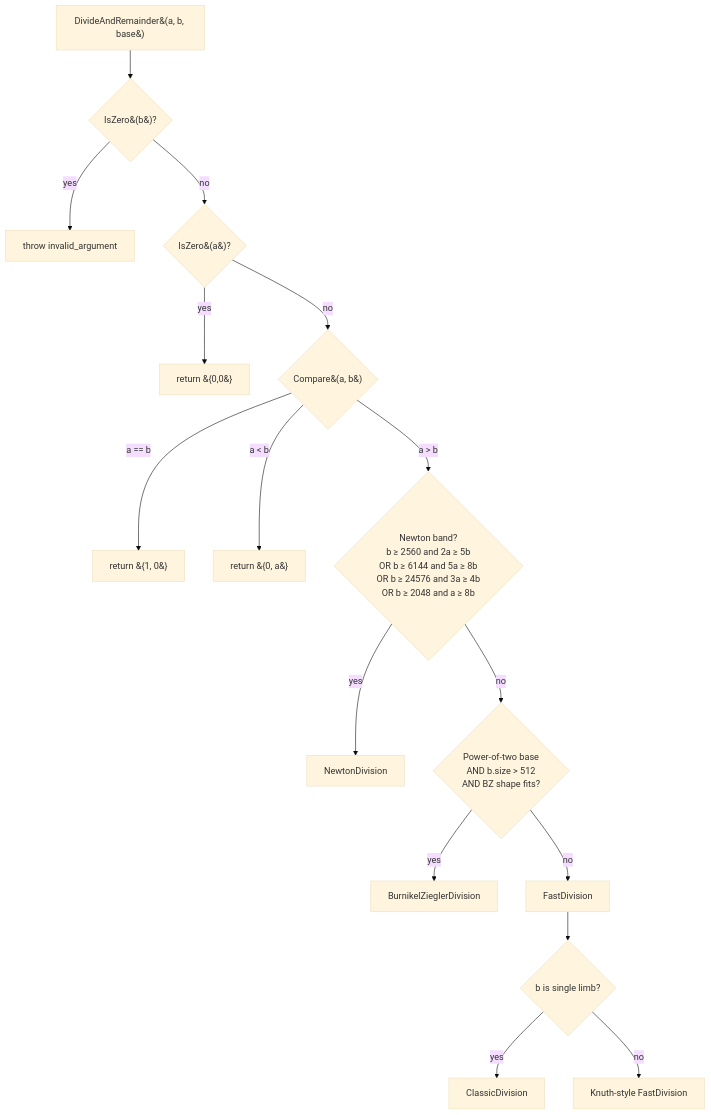
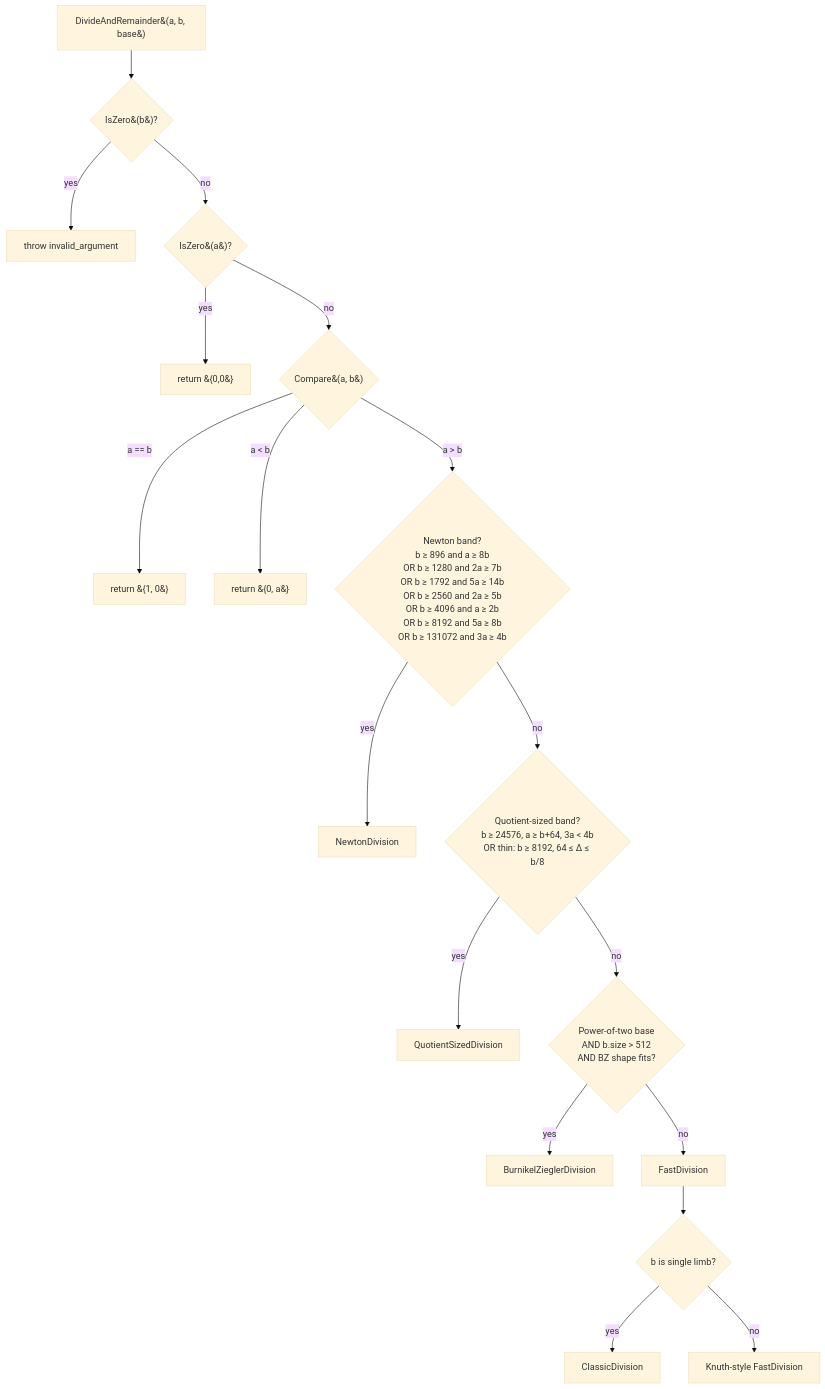
Before and after one commit to mmurshed/biginteger: the diagram in docs/DIVISION.md, drawn with Mermaid (base theme). The commit also changed other lines of this file and 9 other files, not shown here.

````diff
--- a/docs/DIVISION.md
+++ b/docs/DIVISION.md
@@ -56,18 +56,20 @@
 ```mermaid
 flowchart TD
     A[DivideAndRemainder&#40;a, b, base&#41;] --> B{IsZero&#40;b&#41;?}
     B -- yes --> Err[throw invalid_argument]
     B -- no --> C{IsZero&#40;a&#41;?}
     C -- yes --> Z[return &#123;0,0&#125;]
     C -- no --> D{Compare&#40;a, b&#41;}
     D -- a == b --> Eq[return &#123;1, 0&#125;]
     D -- a &lt; b --> Less[return &#123;0, a&#125;]
-    D -- a &gt; b --> E{Newton band?<br/>b ≥ 2560 and 2a ≥ 5b<br/>OR b ≥ 6144 and 5a ≥ 8b<br/>OR b ≥ 24576 and 3a ≥ 4b<br/>OR b ≥ 2048 and a ≥ 8b}
+    D -- a &gt; b --> E{Newton band?<br/>b ≥ 896 and a ≥ 8b<br/>OR b ≥ 1280 and 2a ≥ 7b<br/>OR b ≥ 1792 and 5a ≥ 14b<br/>OR b ≥ 2560 and 2a ≥ 5b<br/>OR b ≥ 4096 and a ≥ 2b<br/>OR b ≥ 8192 and 5a ≥ 8b<br/>OR b ≥ 131072 and 3a ≥ 4b}
     E -- yes --> N[NewtonDivision]
-    E -- no --> F{Power-of-two base<br/>AND b.size &gt; 512<br/>AND BZ shape fits?}
+    E -- no --> Q{Quotient-sized band?<br/>b ≥ 24576, a ≥ b+64, 3a &lt; 4b<br/>OR thin: b ≥ 8192, 64 ≤ Δ ≤ b/8}
+    Q -- yes --> QS[QuotientSizedDivision]
+    Q -- no --> F{Power-of-two base<br/>AND b.size &gt; 512<br/>AND BZ shape fits?}
     F -- yes --> BZ[BurnikelZieglerDivision]
     F -- no --> FD[FastDivision]
     FD --> S{b is single limb?}
     S -- yes --> CD[ClassicDivision]
     S -- no --> KD[Knuth-style FastDivision]
 ```
````
